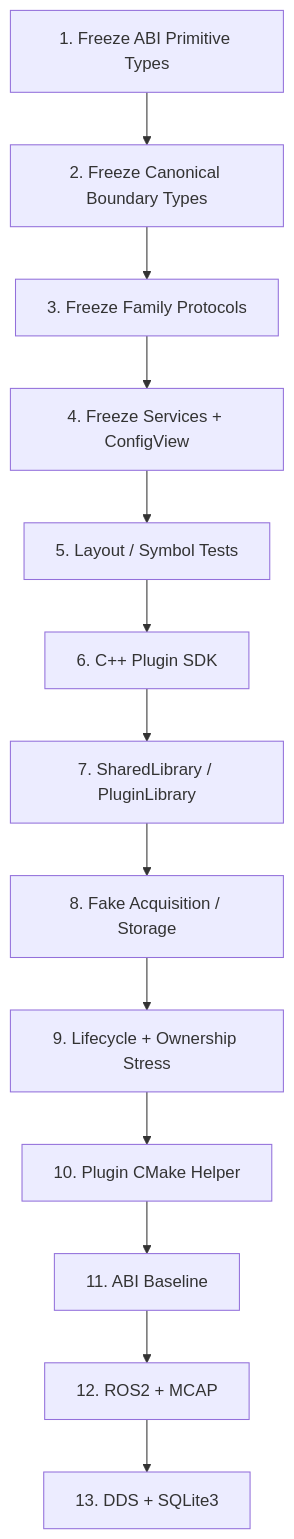
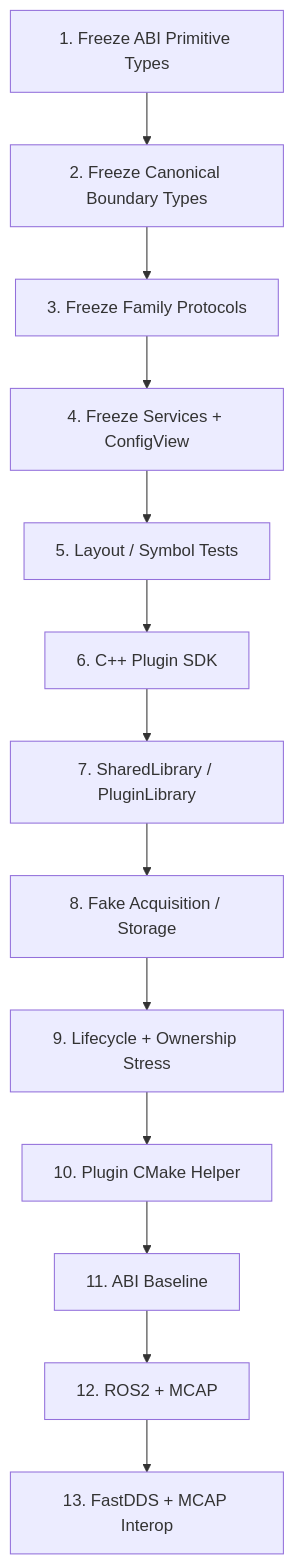
One commit to SiYueY/rodaq changed the fourth of 4 diagrams in docs/design/rodaq_plugin_system.md. Above: the diagram before and after it, drawn with Mermaid. The commit also changed other lines of this file and 17 other files, not shown here.

````diff
--- a/docs/design/rodaq_plugin_system.md
+++ b/docs/design/rodaq_plugin_system.md
@@ -7567,18 +7796,18 @@
 ```mermaid
 flowchart TD
     A["1. Freeze ABI Primitive Types"]
     B["2. Freeze Canonical Boundary Types"]
     C["3. Freeze Family Protocols"]
     D["4. Freeze Services + ConfigView"]
     E["5. Layout / Symbol Tests"]
     F["6. C++ Plugin SDK"]
     G["7. SharedLibrary / PluginLibrary"]
     H["8. Fake Acquisition / Storage"]
     I["9. Lifecycle + Ownership Stress"]
     J["10. Plugin CMake Helper"]
     K["11. ABI Baseline"]
     L["12. ROS2 + MCAP"]
-    M["13. DDS + SQLite3"]
+    M["13. FastDDS + MCAP Interop"]
 
     A --> B --> C --> D --> E --> F --> G --> H --> I --> J --> K --> L --> M
 ```
````
